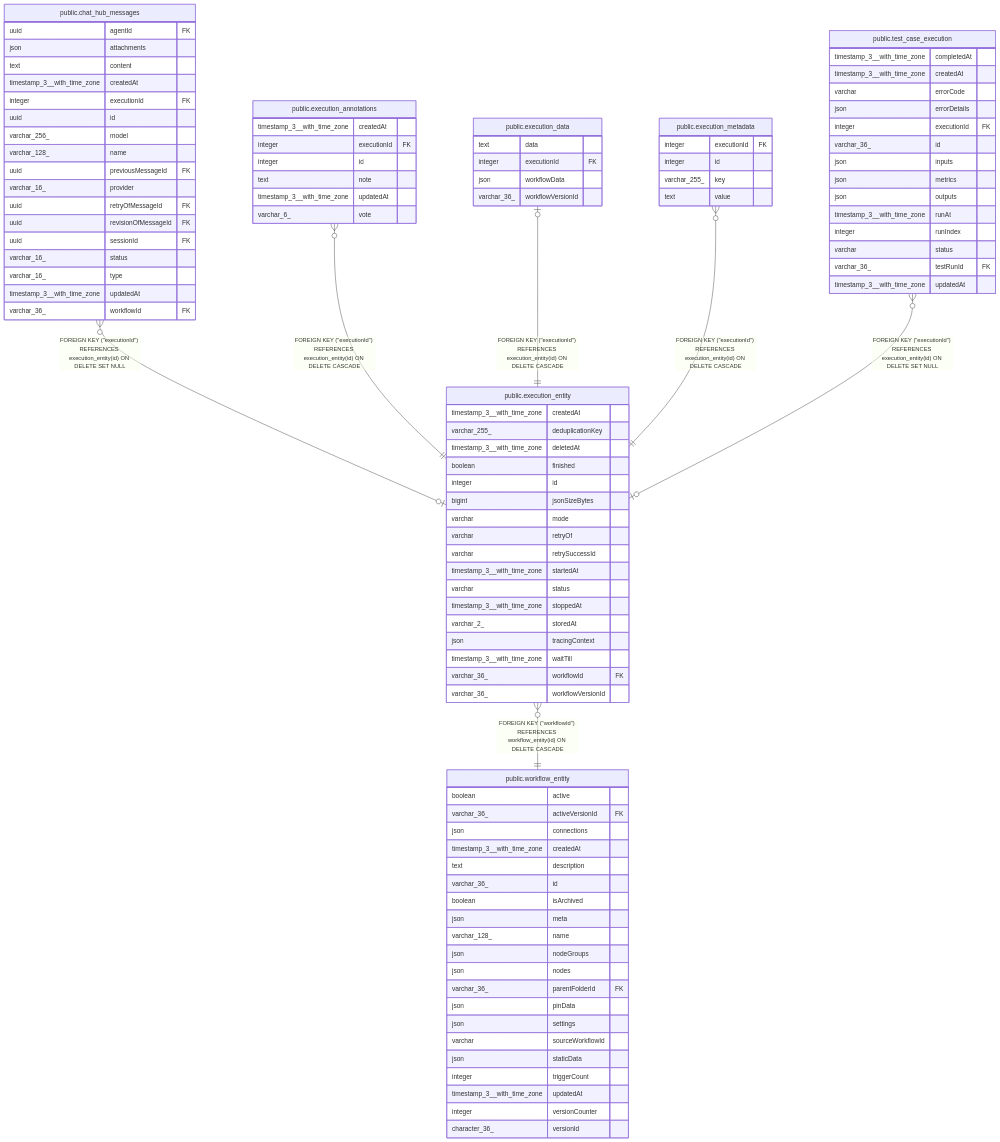
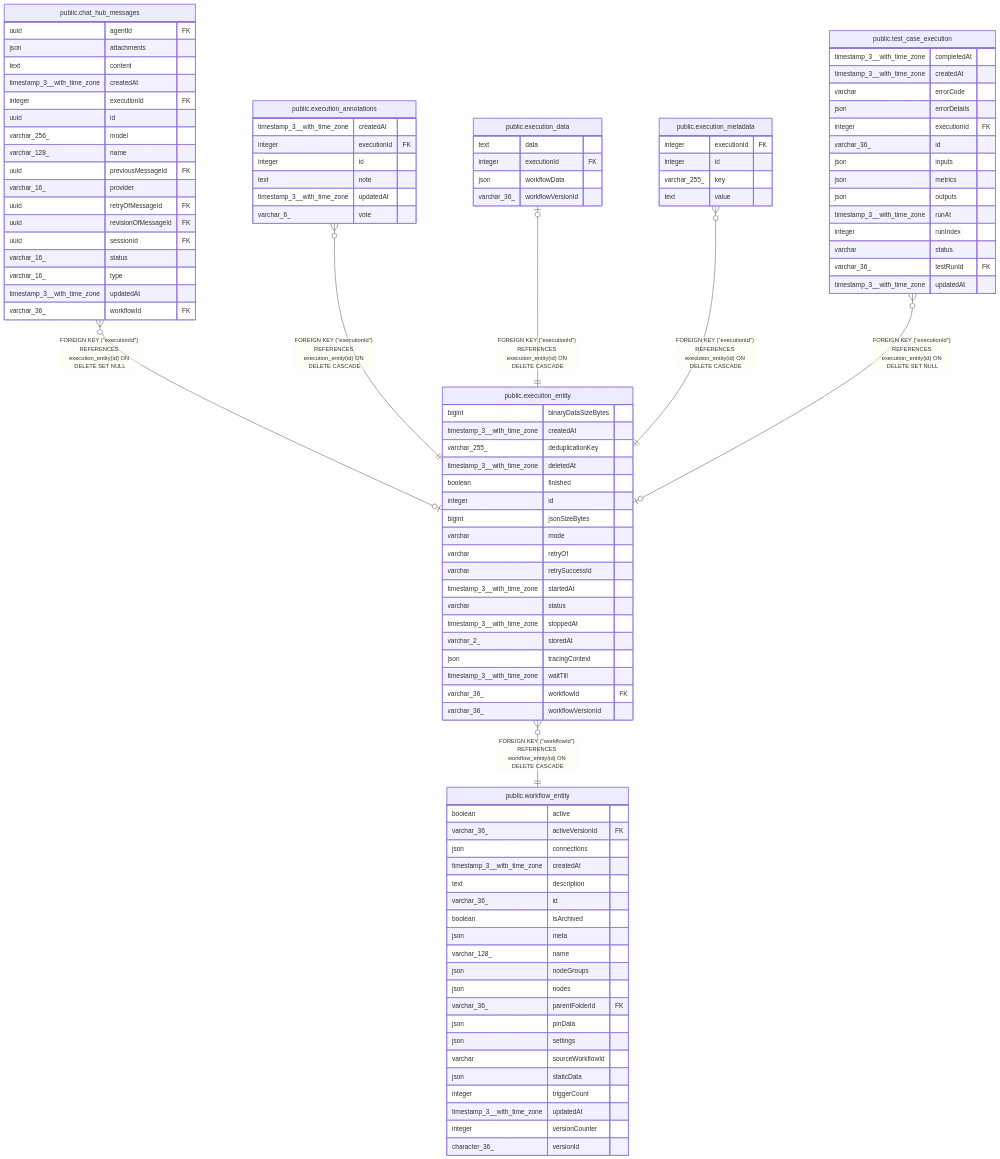
The diagram in docs/generated/postgres-schema/public.execution_entity.md (mayankjain1815-commits/n8n), drawn with Mermaid before and after one commit. The commit also changed other lines of this file and 31 other files, not shown here.

Commit message:
feat(core): Track binary data size on execution entity rows (no-changelog) (#32387)

```diff
--- a/docs/generated/postgres-schema/public.execution_entity.md
+++ b/docs/generated/postgres-schema/public.execution_entity.md
@@ -63,6 +65,7 @@
 "public.execution_entity" }o--|| "public.workflow_entity" : "FOREIGN KEY (#quot;workflowId#quot;) REFERENCES workflow_entity(id) ON DELETE CASCADE"
 
 "public.execution_entity" {
+  bigint binaryDataSizeBytes
   timestamp_3__with_time_zone createdAt
   varchar_255_ deduplicationKey
   timestamp_3__with_time_zone deletedAt
```
